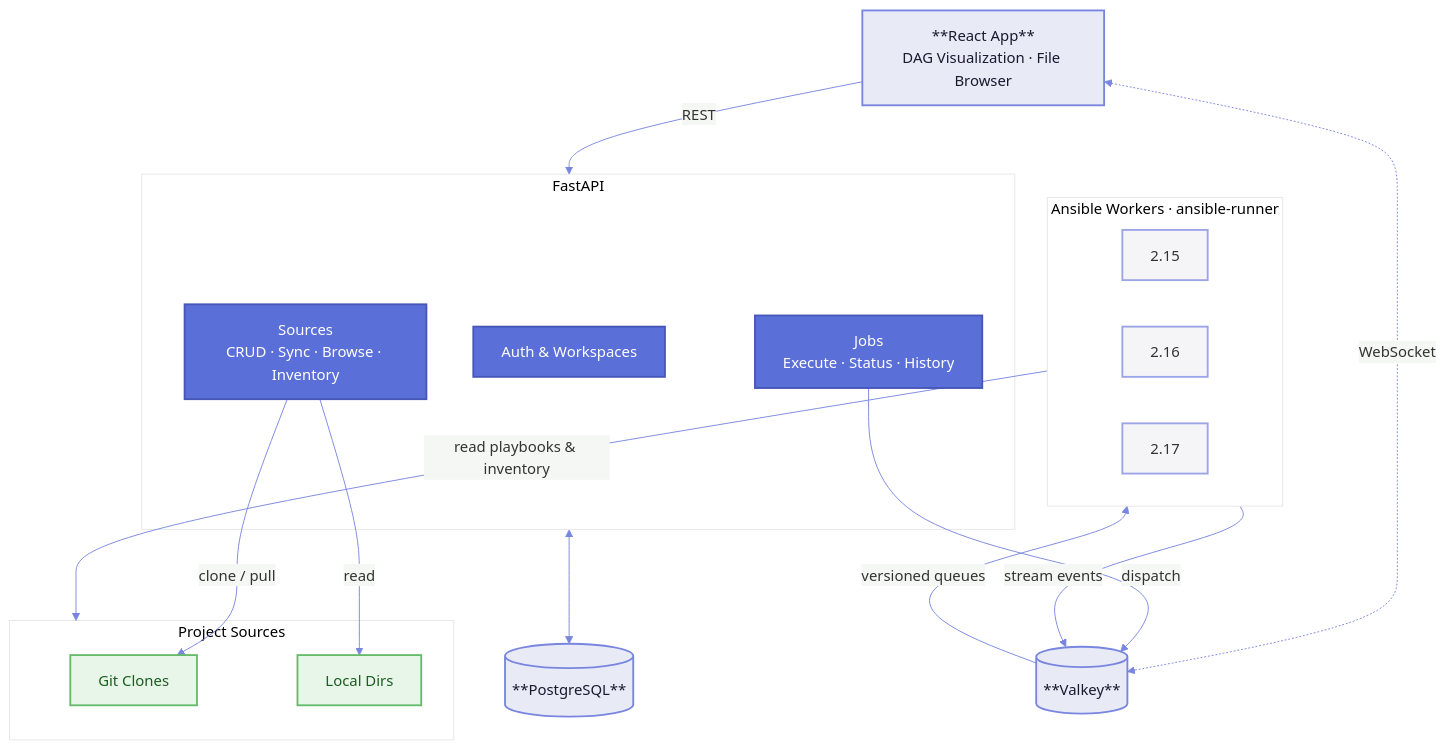
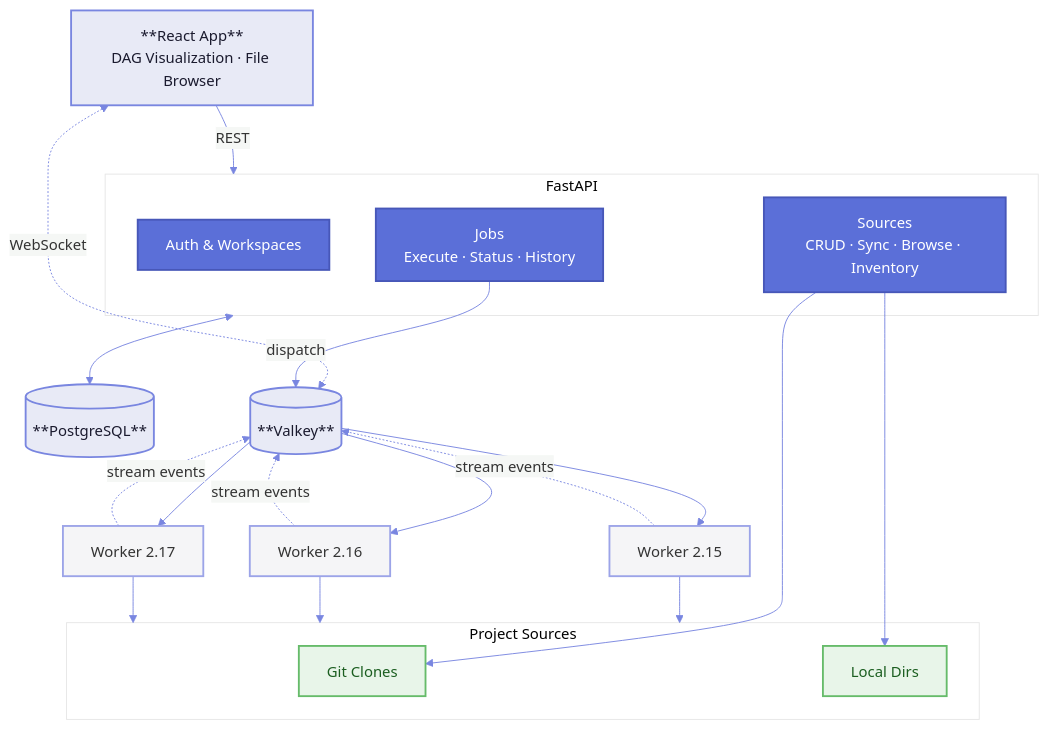
Before and after one commit to JamesTTTT/A-station: the diagram in README.md, drawn with Mermaid.

Commit message:
Fix architecture diagram layout

````diff
--- a/README.md
+++ b/README.md
@@ -9,51 +9,48 @@
 ```mermaid
 %%{init: {
   'theme': 'base',
   'themeVariables': {
     'primaryColor': '#f5f5f7',
     'primaryTextColor': '#333333',
     'primaryBorderColor': '#5b6fd8',
     'lineColor': '#7986e0'
   }
 }}%%
 
 flowchart TB
     classDef primary fill:#5b6fd8,stroke:#4757b8,stroke-width:2px,color:#ffffff
     classDef secondary fill:#e8eaf6,stroke:#7986e0,stroke-width:2px,color:#1a1a2e
     classDef tertiary fill:#f5f5f7,stroke:#9ca4e8,stroke-width:2px,color:#333333
     classDef source fill:#e8f5e9,stroke:#66bb6a,stroke-width:2px,color:#1b5e20
 
     React["**React App**<br/>DAG Visualization · File Browser"]:::secondary
 
     subgraph API["FastAPI"]
         Auth["Auth & Workspaces"]:::primary
         SourceAPI["Sources<br/>CRUD · Sync · Browse · Inventory"]:::primary
         JobAPI["Jobs<br/>Execute · Status · History"]:::primary
     end
 
     PG[("**PostgreSQL**")]:::secondary
     Redis[("**Valkey**")]:::secondary
 
     subgraph Sources["Project Sources"]
         Git["Git Clones"]:::source
         Local["Local Dirs"]:::source
     end
 
-    subgraph Workers["Ansible Workers · ansible-runner"]
-        W15["2.15"]:::tertiary
-        W16["2.16"]:::tertiary
-        W17["2.17"]:::tertiary
-    end
+    W15["Worker 2.15"]:::tertiary
+    W16["Worker 2.16"]:::tertiary
+    W17["Worker 2.17"]:::tertiary
 
     React -->|REST| API
     React <-.->|WebSocket| Redis
 
-    SourceAPI -->|"clone / pull"| Git
-    SourceAPI -->|"read"| Local
+    SourceAPI --> Git & Local
     API <--> PG
-    JobAPI -->|"dispatch"| Redis
+    JobAPI -->|dispatch| Redis
 
-    Redis -->|"versioned queues"| Workers
-    Workers -->|"read playbooks & inventory"| Sources
-    Workers -->|"stream events"| Redis
+    Redis --> W15 & W16 & W17
+    W15 & W16 & W17 --> Sources
+    W15 & W16 & W17 -.->|stream events| Redis
 ```
````
